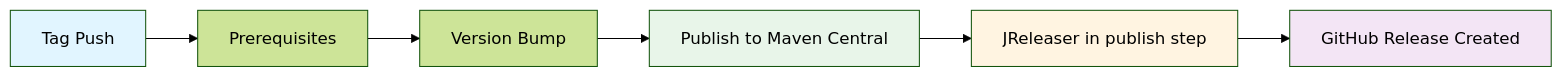
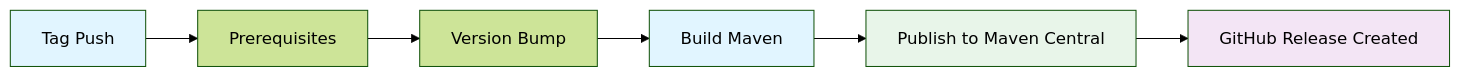
Before and after one commit to diggsweden/reusable-ci: the fourth of 6 diagrams in docs/workflows.md, drawn with Mermaid (forest theme). The commit also changed other lines of this file and 58 other files, not shown here.

````diff
--- a/docs/workflows.md
+++ b/docs/workflows.md
@@ -114,13 +130,13 @@
 ```mermaid
 graph LR
     A[Tag Push] --> B[Prerequisites]
     B --> C[Version Bump]
-    C --> D[Publish to Maven Central]
-    D --> E[JReleaser in publish step]
+    C --> D[Build Maven]
+    D --> E[Publish to Maven Central]
     E --> F[GitHub Release Created]
 
     style A fill:#e1f5ff
-    style D fill:#e8f5e9
-    style E fill:#fff4e1
+    style D fill:#e1f5ff
+    style E fill:#e8f5e9
     style F fill:#f3e5f5
 ```
````
